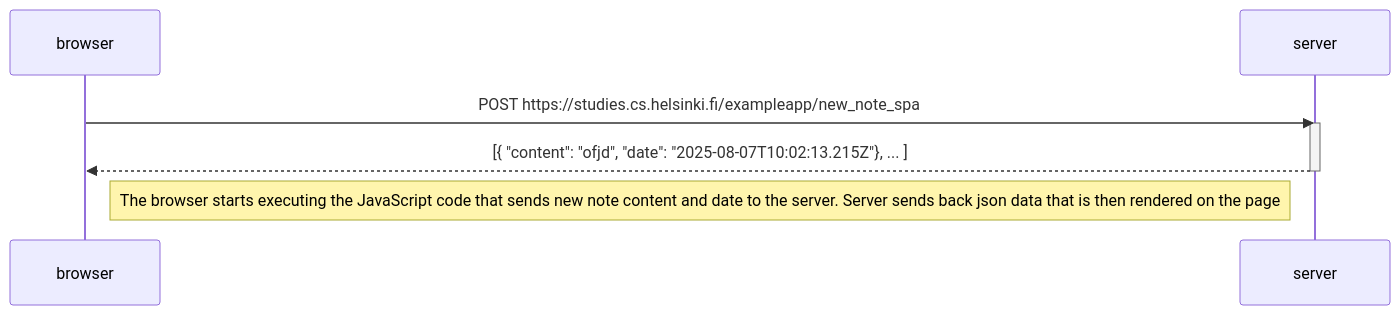
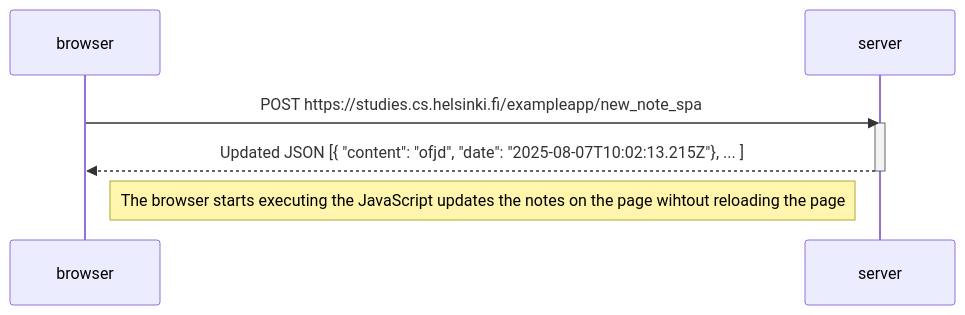
The diagram in part0/exercise0.6.mermaid (robin-raq/submission-repo), drawn with Mermaid before and after one commit. The commit also changed 1 other file, not shown here.

```diff
--- a/part0/exercise0.6.mermaid
+++ b/part0/exercise0.6.mermaid
@@ -1,9 +1,9 @@
 sequenceDiagram
     participant browser
     participant server
 
     browser->>server: POST https://studies.cs.helsinki.fi/exampleapp/new_note_spa
     activate server
-    server-->>browser: [{  "content": "ofjd", "date": "2025-08-07T10:02:13.215Z"}, ... ]
+    server-->>browser: Updated JSON [{  "content": "ofjd", "date": "2025-08-07T10:02:13.215Z"}, ... ]
     deactivate server
-    Note right of browser: The browser starts executing the JavaScript code that sends new note content and date to the server. Server sends back json data that is then rendered on the page
+    Note right of browser: The browser starts executing the JavaScript updates the notes on the page wihtout reloading the page
```
